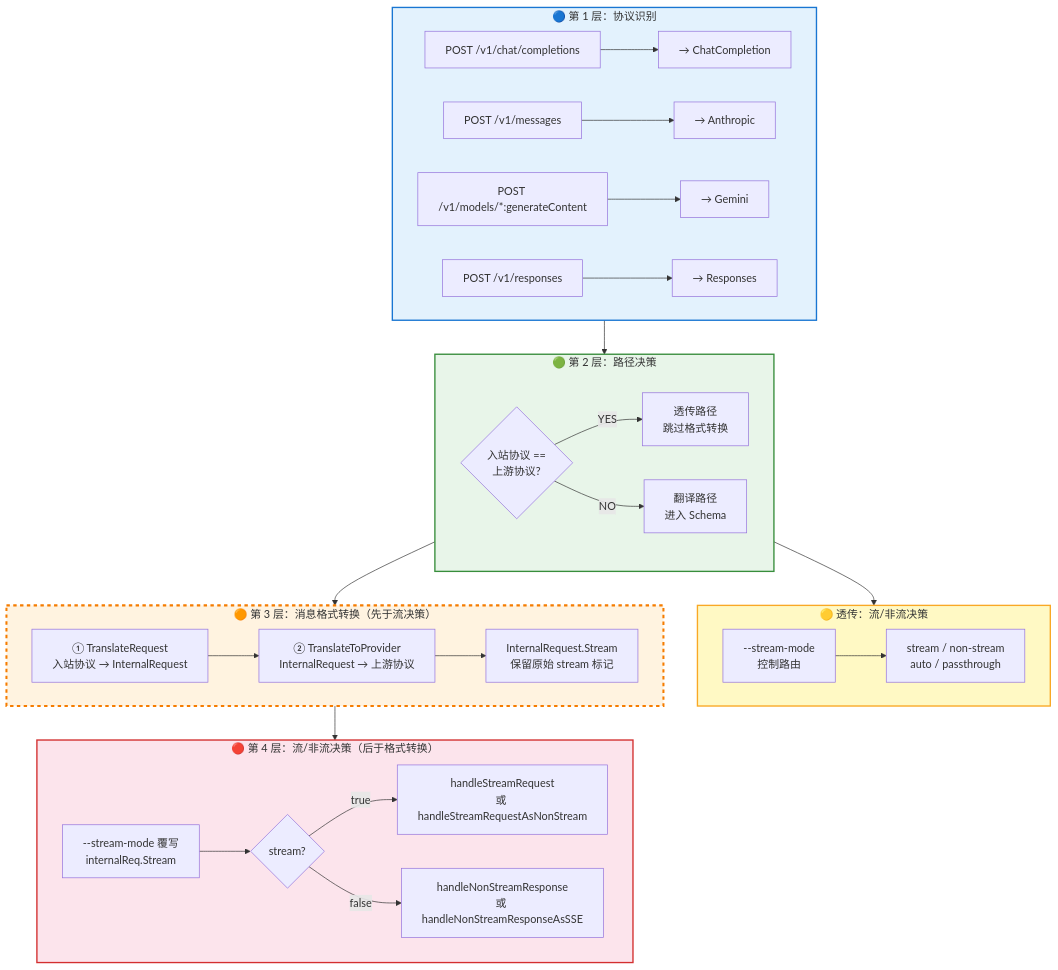
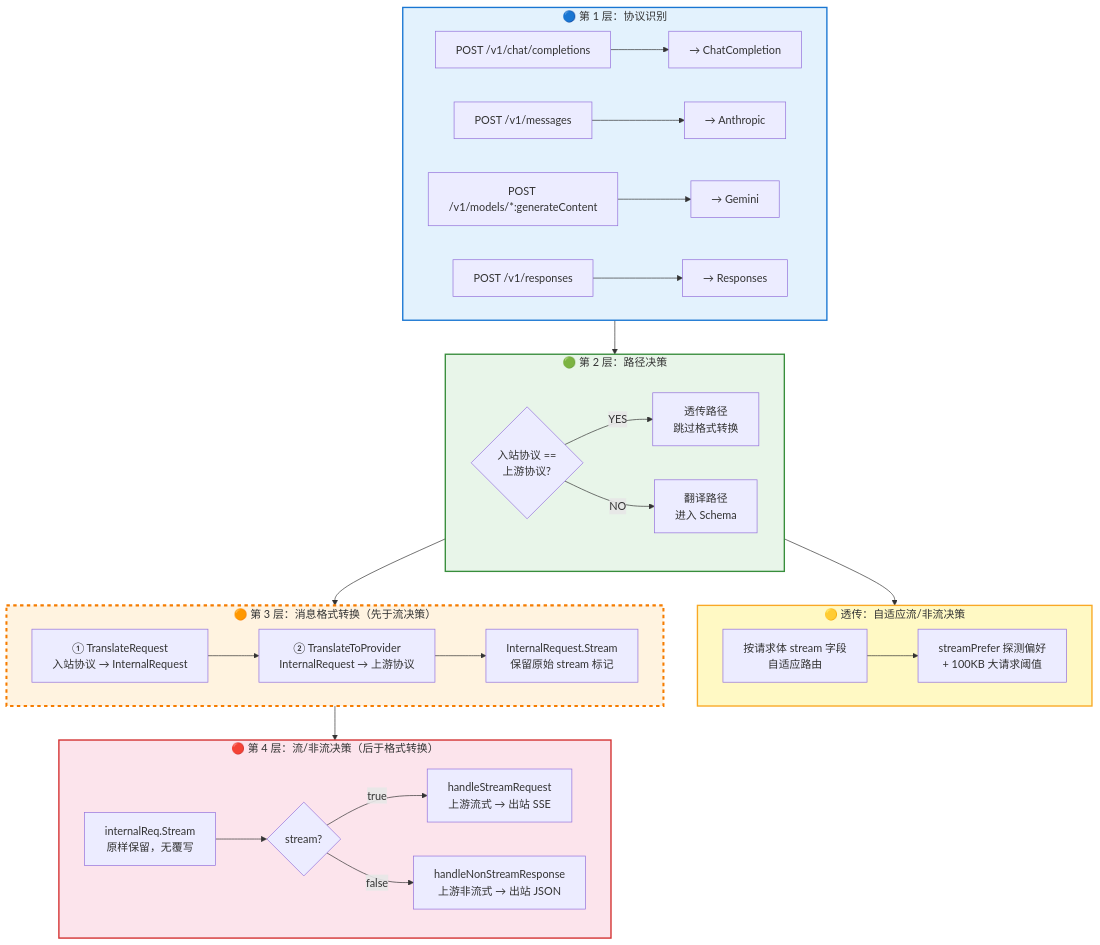
One commit to yejinlei/agent-proxy changed the second of 14 diagrams in docs/DESIGN.md. Above: the diagram before and after it, drawn with Mermaid. The commit also changed other lines of this file and 8 other files, not shown here.

````diff
--- a/docs/DESIGN.md
+++ b/docs/DESIGN.md
@@ -28,50 +28,49 @@
 ```mermaid
 flowchart TD
     subgraph L1["🔵 第 1 层：协议识别"]
         direction LR
         A1["POST /v1/chat/completions"] --> A2["→ ChatCompletion"]
         A3["POST /v1/messages"] --> A4["→ Anthropic"]
         A5["POST /v1/models/*:generateContent"] --> A6["→ Gemini"]
         A7["POST /v1/responses"] --> A8["→ Responses"]
     end
 
     L1 --> L2
 
     subgraph L2["🟢 第 2 层：路径决策"]
         direction LR
         B1{"入站协议 ==<br/>上游协议?"}
         B1 -->|YES| B2["透传路径<br/>跳过格式转换"]
         B1 -->|NO| B3["翻译路径<br/>进入 Schema"]
     end
 
     B2 --> L2B
 
-    subgraph L2B["🟡 透传：流/非流决策"]
+    subgraph L2B["🟡 透传：自适应流/非流决策"]
         direction LR
-        C1["--stream-mode<br/>控制路由"] --> C2["stream / non-stream<br/>auto / passthrough"]
+        C1["按请求体 stream 字段<br/>自适应路由"] --> C2["streamPrefer 探测偏好<br/>+ 100KB 大请求阈值"]
     end
 
     B3 --> L3
 
     subgraph L3["🟠 第 3 层：消息格式转换（先于流决策）"]
         direction LR
         D1["① TranslateRequest<br/>入站协议 → InternalRequest"] --> D2["② TranslateToProvider<br/>InternalRequest → 上游协议"]
         D2 --> D3["InternalRequest.Stream<br/>保留原始 stream 标记"]
     end
 
     L3 --> L4
 
     subgraph L4["🔴 第 4 层：流/非流决策（后于格式转换）"]
         direction LR
-        E1["--stream-mode 覆写<br/>internalReq.Stream"]
-        E1 --> E2{"stream?"}
-        E2 -->|true| E3["handleStreamRequest<br/>或 handleStreamRequestAsNonStream"]
-        E2 -->|false| E4["handleNonStreamResponse<br/>或 handleNonStreamResponseAsSSE"]
+        E1["internalReq.Stream<br/>原样保留，无覆写"] --> E2{"stream?"}
+        E2 -->|true| E3["handleStreamRequest<br/>上游流式 → 出站 SSE"]
+        E2 -->|false| E4["handleNonStreamResponse<br/>上游非流式 → 出站 JSON"]
     end
 
     style L1 fill:#e3f2fd,stroke:#1976d2,stroke-width:2px
     style L2 fill:#e8f5e9,stroke:#388e3c,stroke-width:2px
     style L2B fill:#fff9c4,stroke:#f9a825,stroke-width:2px
     style L3 fill:#fff3e0,stroke:#f57c00,stroke-width:3px,stroke-dasharray:5 5
     style L4 fill:#fce4ec,stroke:#d32f2f,stroke-width:2px
 ```
````
